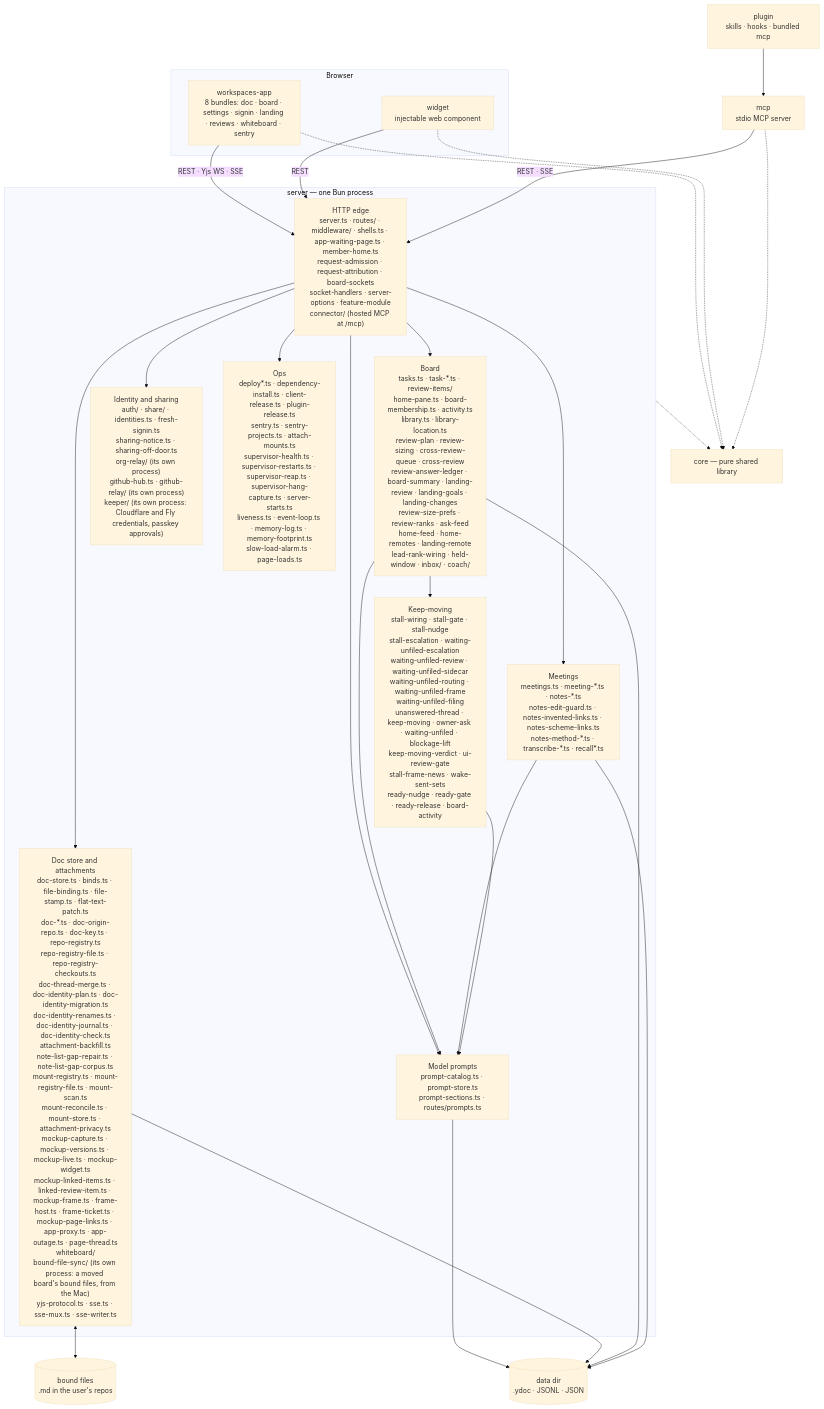
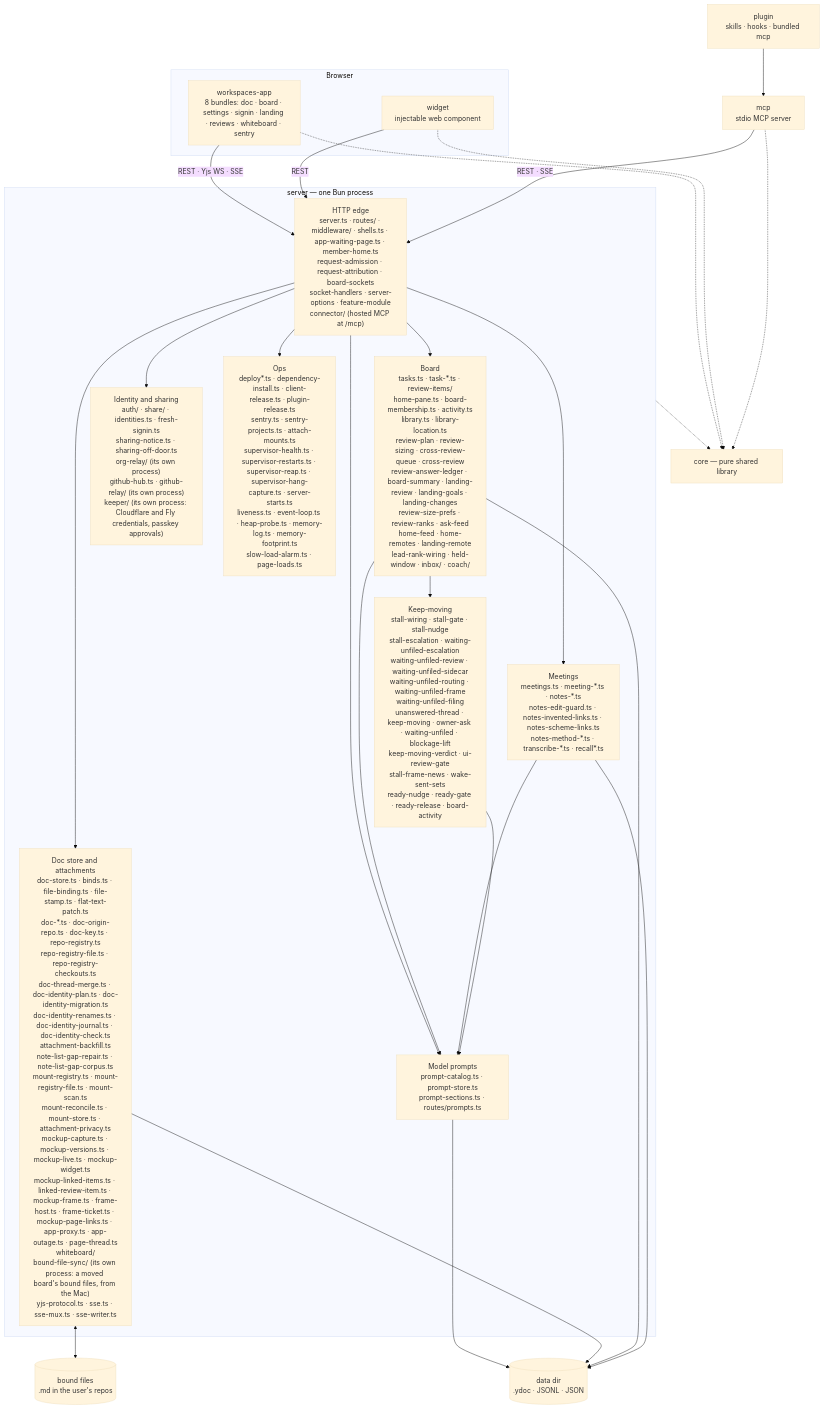
Before and after one commit to fryanpan/claude-workspaces-plugin: the first of 2 diagrams in docs/architecture/overview.md, drawn with Mermaid (base theme). The commit also changed other lines of this file and 5 other files, not shown here.

First line of the commit message:
A blocked-loop line names GC and the heap; lead-chat history parses once per log version (#1451)

````diff
--- a/docs/architecture/overview.md
+++ b/docs/architecture/overview.md
@@ -45,35 +45,35 @@
 ```mermaid
 flowchart TB
   subgraph browser[Browser]
     app["workspaces-app<br/>8 bundles: doc · board · settings · signin · landing · reviews · whiteboard · sentry"]
     wid["widget<br/>injectable web component"]
   end
   plug["plugin<br/>skills · hooks · bundled mcp"]
   mcp["mcp<br/>stdio MCP server"]
   subgraph srv["server — one Bun process"]
     edge["HTTP edge<br/>server.ts · routes/ · middleware/ · shells.ts · app-waiting-page.ts · member-home.ts<br/>request-admission · request-attribution · board-sockets<br/>socket-handlers · server-options · feature-module<br/>connector/ (hosted MCP at /mcp)"]
     docs["Doc store and attachments<br/>doc-store.ts · binds.ts · file-binding.ts · file-stamp.ts · flat-text-patch.ts<br/>doc-*.ts · doc-origin-repo.ts · doc-key.ts · repo-registry.ts<br/>repo-registry-file.ts · repo-registry-checkouts.ts<br/>doc-thread-merge.ts · doc-identity-plan.ts · doc-identity-migration.ts<br/>doc-identity-renames.ts · doc-identity-journal.ts · doc-identity-check.ts<br/>attachment-backfill.ts<br/>note-list-gap-repair.ts · note-list-gap-corpus.ts<br/>mount-registry.ts · mount-registry-file.ts · mount-scan.ts<br/>mount-reconcile.ts · mount-store.ts · attachment-privacy.ts<br/>mockup-capture.ts · mockup-versions.ts · mockup-live.ts · mockup-widget.ts<br/>mockup-linked-items.ts · linked-review-item.ts · mockup-frame.ts · frame-host.ts · frame-ticket.ts · mockup-page-links.ts · app-proxy.ts · app-outage.ts · page-thread.ts<br/>whiteboard/<br/>bound-file-sync/ (its own process: a moved board's bound files, from the Mac)<br/>yjs-protocol.ts · sse.ts · sse-mux.ts · sse-writer.ts"]
     board["Board<br/>tasks.ts · task-*.ts · review-items/<br/>home-pane.ts · board-membership.ts · activity.ts<br/>library.ts · library-location.ts<br/>review-plan · review-sizing · cross-review-queue · cross-review<br/>review-answer-ledger · board-summary · landing-review · landing-goals · landing-changes<br/>review-size-prefs · review-ranks · ask-feed<br/>home-feed · home-remotes · landing-remote<br/>lead-rank-wiring · held-window · inbox/ · coach/"]
     meet["Meetings<br/>meetings.ts · meeting-*.ts · notes-*.ts<br/>notes-edit-guard.ts · notes-invented-links.ts · notes-scheme-links.ts<br/>notes-method-*.ts · transcribe-*.ts · recall*.ts"]
     keep["Keep-moving<br/>stall-wiring · stall-gate · stall-nudge<br/>stall-escalation · waiting-unfiled-escalation<br/>waiting-unfiled-review · waiting-unfiled-sidecar<br/>waiting-unfiled-routing · waiting-unfiled-frame<br/>waiting-unfiled-filing<br/>unanswered-thread · keep-moving · owner-ask · waiting-unfiled · blockage-lift<br/>keep-moving-verdict · ui-review-gate<br/>stall-frame-news · wake-sent-sets<br/>ready-nudge · ready-gate · ready-release · board-activity"]
     ident["Identity and sharing<br/>auth/ · share/ · identities.ts · fresh-signin.ts<br/>sharing-notice.ts · sharing-off-door.ts<br/>org-relay/ (its own process)<br/>github-hub.ts · github-relay/ (its own process)<br/>keeper/ (its own process: Cloudflare and Fly credentials, passkey approvals)"]
     prompts["Model prompts<br/>prompt-catalog.ts · prompt-store.ts<br/>prompt-sections.ts · routes/prompts.ts"]
-    ops["Ops<br/>deploy*.ts · dependency-install.ts · client-release.ts · plugin-release.ts<br/>sentry.ts · sentry-projects.ts · attach-mounts.ts<br/>supervisor-health.ts · supervisor-restarts.ts · supervisor-reap.ts · supervisor-hang-capture.ts · server-starts.ts<br/>liveness.ts · event-loop.ts · memory-log.ts · memory-footprint.ts<br/>slow-load-alarm.ts · page-loads.ts"]
+    ops["Ops<br/>deploy*.ts · dependency-install.ts · client-release.ts · plugin-release.ts<br/>sentry.ts · sentry-projects.ts · attach-mounts.ts<br/>supervisor-health.ts · supervisor-restarts.ts · supervisor-reap.ts · supervisor-hang-capture.ts · server-starts.ts<br/>liveness.ts · event-loop.ts · heap-probe.ts · memory-log.ts · memory-footprint.ts<br/>slow-load-alarm.ts · page-loads.ts"]
   end
   core["core — pure shared library"]
   disk[("data dir<br/>.ydoc · JSONL · JSON")]
   files[("bound files<br/>.md in the user's repos")]
 
   app -->|"REST · Yjs WS · SSE"| edge
   wid -->|REST| edge
   plug --> mcp
   mcp -->|"REST · SSE"| edge
   edge --> docs & board & meet & ident & ops & prompts
   board & meet & keep --> prompts
   prompts --> disk
   board --> keep
   docs <--> files
   docs & board & meet --> disk
   app & wid & mcp -.-> core
   srv -.-> core
 ```
````
